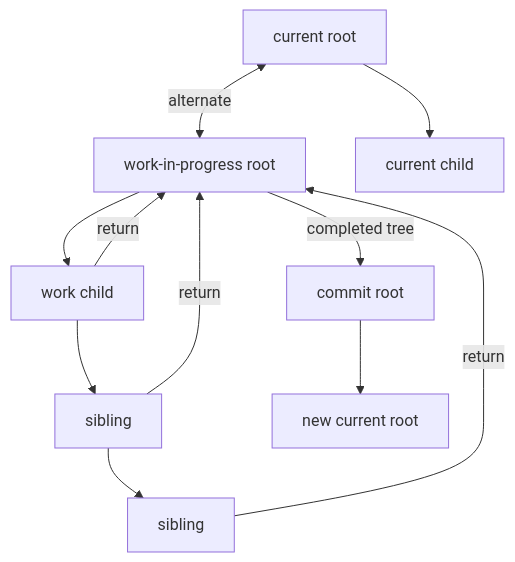
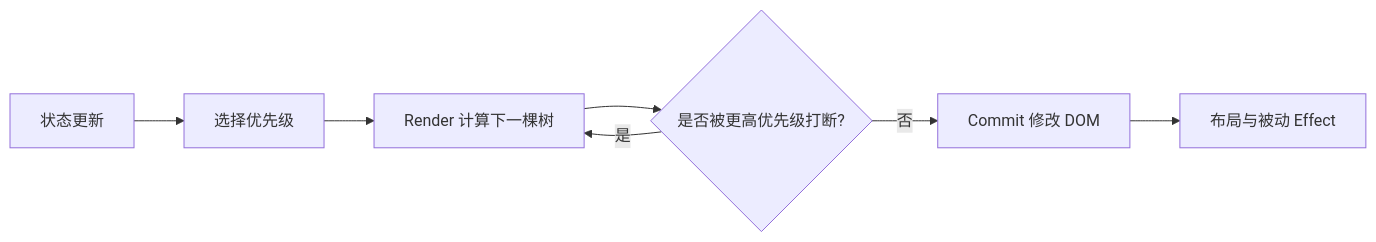
Before and after one commit to upJiang/jiang-blog-vitepress: the diagram in docs/frontend/react-fiber-concurrency.md, drawn with Mermaid. The commit also changed other lines of this file and 164 other files, not shown here.

````diff
--- a/docs/frontend/react-fiber-concurrency.md
+++ b/docs/frontend/react-fiber-concurrency.md
@@ -19,13 +20,9 @@
 ```mermaid
-flowchart TB
-  CR[current root] <-->|alternate| WR[work-in-progress root]
-  CR --> CA[current child]
-  WR --> WA[work child]
-  WA --> WB[sibling]
-  WB --> WC[sibling]
-  WA -->|return| WR
-  WB -->|return| WR
-  WC -->|return| WR
-  WR -->|completed tree| CM[commit root]
-  CM --> NR[new current root]
+flowchart LR
+  U[状态更新] --> S[选择优先级]
+  S --> R[Render 计算下一棵树]
+  R --> C{是否被更高优先级打断?}
+  C -->|是| R
+  C -->|否| M[Commit 修改 DOM]
+  M --> E[布局与被动 Effect]
 ```
````
